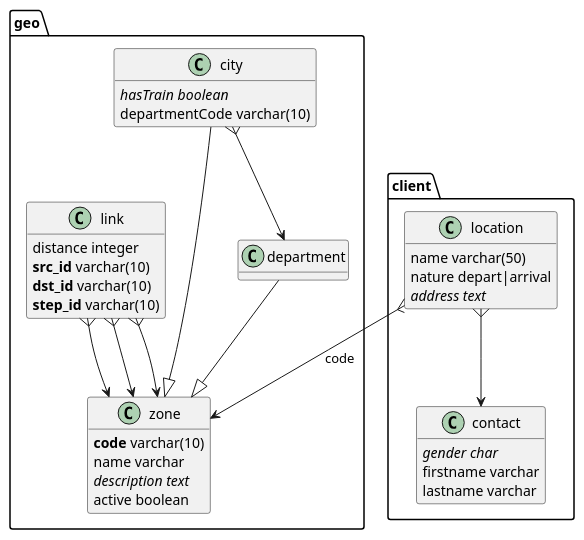
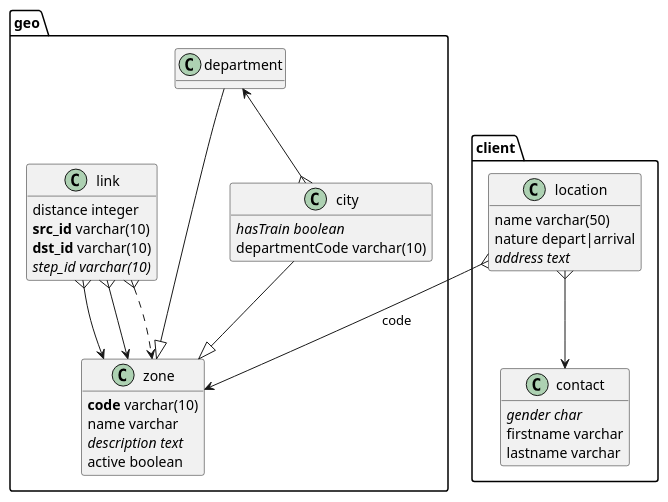
One commit to arkanovicz/kddl changed the diagram in src/commonTest/resources/model.plantuml. Above: the diagram before and after it, drawn with PlantUML. The commit also changed 6 other files, not shown here.

```diff
--- a/src/commonTest/resources/model.plantuml
+++ b/src/commonTest/resources/model.plantuml
@@ -1,48 +1,48 @@
 @startuml
 '' Database example
 package geo {
   class zone {
     {field} **code** varchar(10)
     {field} name varchar
     {field} //description text//
     {field} active boolean
   }
 
   class department
   department --|> zone
 
   class city {
     {field} //hasTrain boolean//
     {field} departmentCode varchar(10)
   }
   city --|> zone
 
   class link {
     {field} distance integer
     {field} **src_id** varchar(10)
     {field} **dst_id** varchar(10)
-    {field} **step_id** varchar(10)
+    {field} //step_id varchar(10)//
   }
 }
 
 package client {
   class contact {
     {field} //gender char//
     {field} firstname varchar
     {field} lastname varchar
   }
 
   class location {
     {field} name varchar(50)
     {field} nature depart|arrival
     {field} //address text//
   }
 }
-  city }--> department
+  city }-up-> department
   link }--> zone
   link }--> zone
-  link }-down-> zone
+  link }.down.> zone
   location }--> contact
   location }--> zone : code
  hide methods
 @enduml
```
